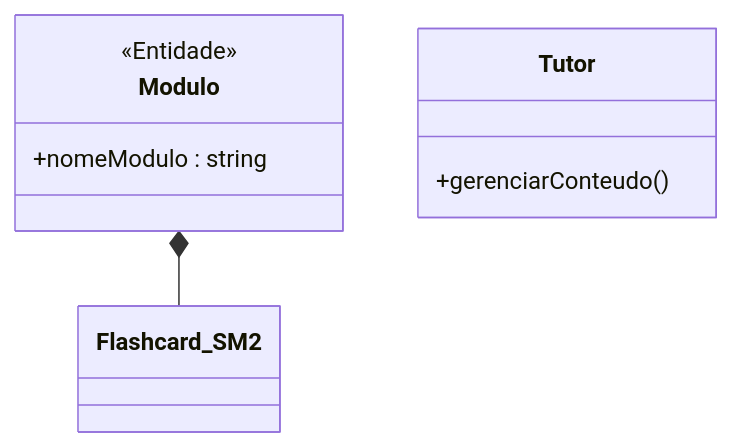
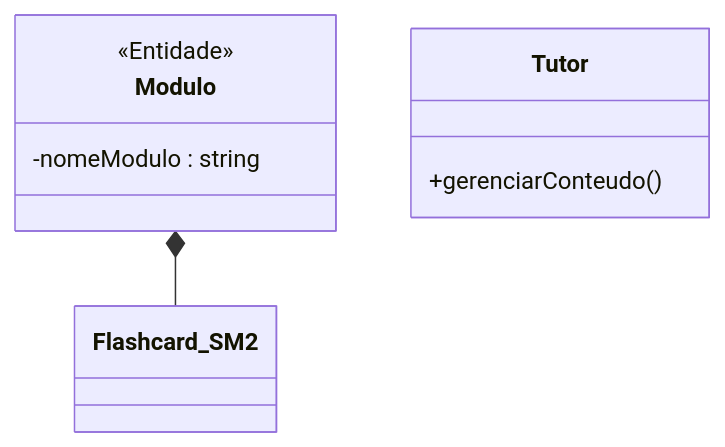
One commit to MayconDIS/PIM_III-Documentacao_UML changed the first of 2 diagrams in 02_Modelagem_UML_Astah/UC05_Gerenciar_Conteudo_Cartas/README.md. Above: the diagram before and after it, drawn with Mermaid. The commit also changed other lines of this file and 14 other files, not shown here.

Commit message:
docs(casos-uso): injeta fluxos normais e alternativos nos READMEs e atualiza mermaid

````diff
--- a/02_Modelagem_UML_Astah/UC05_Gerenciar_Conteudo_Cartas/README.md
+++ b/02_Modelagem_UML_Astah/UC05_Gerenciar_Conteudo_Cartas/README.md
@@ -40,11 +44,11 @@
 ```mermaid
 classDiagram
     Modulo *-- Flashcard_SM2
     class Tutor {
         +gerenciarConteudo()
     }
     class Modulo {
         <<Entidade>>
-        +nomeModulo : string
+        -nomeModulo : string
     }
 ```
````
